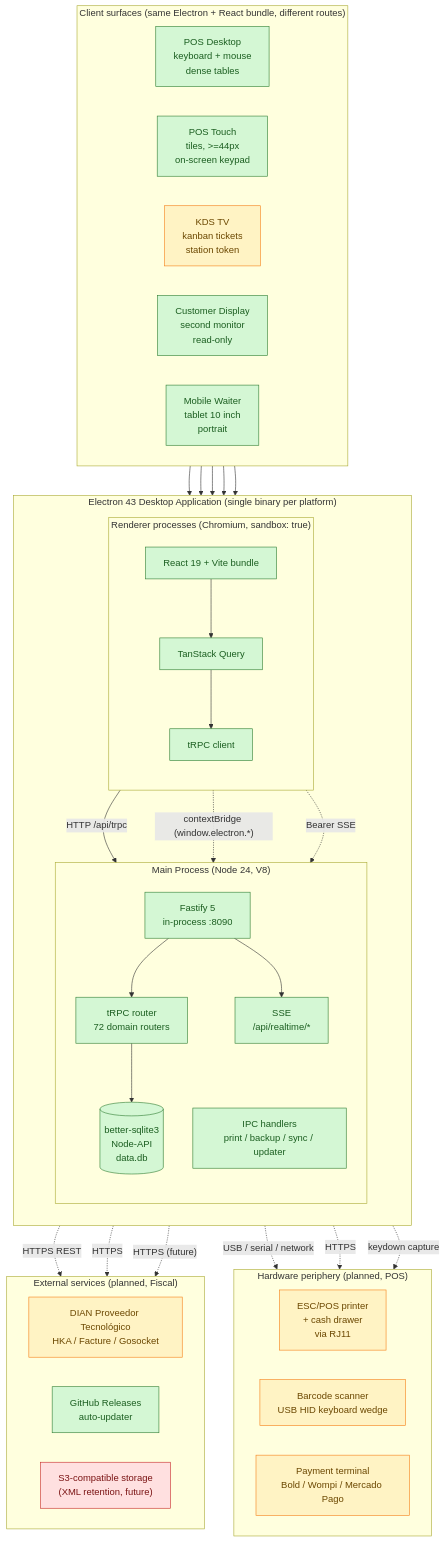
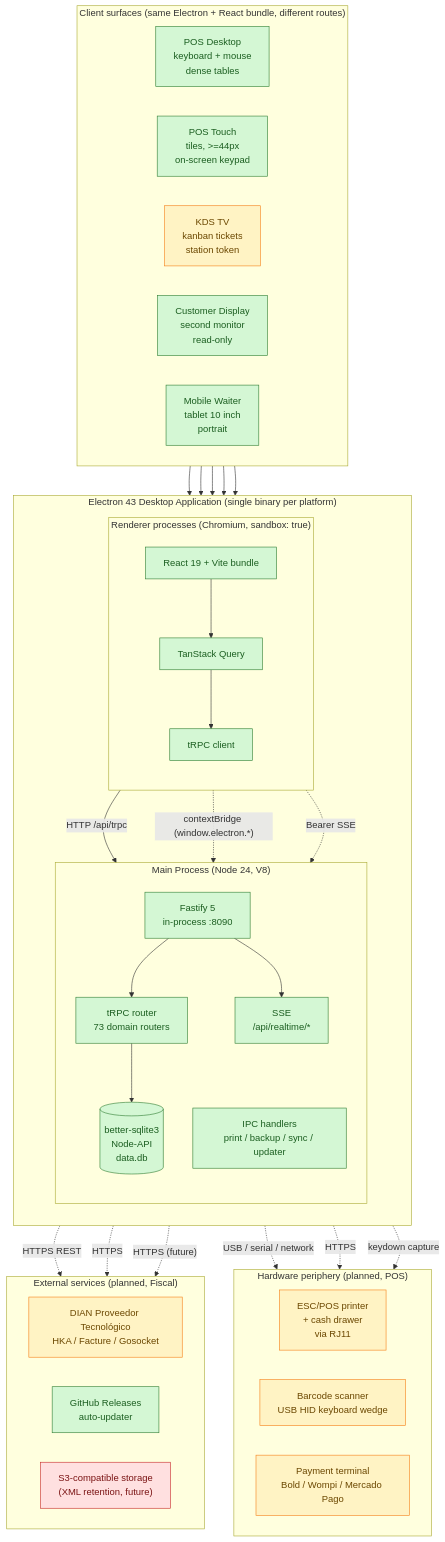
Before and after one commit to johnny4young/puntovivo: the diagram in docs/architecture.mmd, drawn with Mermaid. The commit also changed 49 other files, not shown here.

```diff
--- a/docs/architecture.mmd
+++ b/docs/architecture.mmd
@@ -1,81 +1,81 @@
 %% Puntovivo architecture — high-level process and client surface topology
 %% Render: pnpm dlx @mermaid-js/mermaid-cli -i docs/architecture.mmd -o docs/architecture.svg -b transparent
 %% The -b transparent flag is required: mermaid-cli defaults to a white page
 %% background, which regresses the diagram on dark-mode surfaces. The SVG
 %% root style must keep background-color: transparent after every re-render.
 %% Source of truth for the system diagram embedded in docs/ARCHITECTURE.md and README.md.
 
 flowchart TB
   subgraph Electron["Electron 43 Desktop Application (single binary per platform)"]
     direction TB
 
     subgraph Main["Main Process (Node 24, V8)"]
       direction TB
       F["Fastify 5<br/>in-process :8090"]
-      T["tRPC router<br/>72 domain routers"]
+      T["tRPC router<br/>73 domain routers"]
       DB[("better-sqlite3<br/>Node-API<br/>data.db")]
       IPC["IPC handlers<br/>print / backup / sync / updater"]
       SSE["SSE<br/>/api/realtime/*"]
       F --> T
       F --> SSE
       T --> DB
     end
 
     subgraph Renderer["Renderer processes (Chromium, sandbox: true)"]
       direction TB
       R["React 19 + Vite bundle"]
       Q["TanStack Query"]
       C["tRPC client"]
       R --> Q --> C
     end
 
     C -- "HTTP /api/trpc" --> F
     R -. "contextBridge (window.electron.*)" .-> IPC
     R -. "Bearer SSE" .-> SSE
   end
 
   subgraph Surfaces["Client surfaces (same Electron + React bundle, different routes)"]
     direction LR
     POSD["POS Desktop<br/>keyboard + mouse<br/>dense tables"]
     POST["POS Touch<br/>tiles, >=44px<br/>on-screen keypad"]
     KDS["KDS TV<br/>kanban tickets<br/>station token"]
     CUST["Customer Display<br/>second monitor<br/>read-only"]
     MOB["Mobile Waiter<br/>tablet 10 inch<br/>portrait"]
   end
 
   POSD --> Renderer
   POST --> Renderer
   KDS --> Renderer
   CUST --> Renderer
   MOB --> Renderer
 
   subgraph Peripherals["Hardware periphery (planned, POS)"]
     direction LR
     ESCP["ESC/POS printer<br/>+ cash drawer<br/>via RJ11"]
     SCAN["Barcode scanner<br/>USB HID keyboard wedge"]
     DAT["Payment terminal<br/>Bold / Wompi / Mercado Pago"]
   end
 
   IPC -. "USB / serial / network" .-> ESCP
   Renderer -. "keydown capture" .-> SCAN
   T -. "HTTPS" .-> DAT
 
   subgraph External["External services (planned, Fiscal)"]
     direction LR
     PT["DIAN Proveedor Tecnológico<br/>HKA / Facture / Gosocket"]
     UPD["GitHub Releases<br/>auto-updater"]
     S3["S3-compatible storage<br/>(XML retention, future)"]
   end
 
   T -. "HTTPS REST" .-> PT
   IPC -. "HTTPS" .-> UPD
   IPC -. "HTTPS (future)" .-> S3
 
   classDef shipped fill:#d4f7d4,stroke:#2e7d32,color:#1b5e20
   classDef planned fill:#fff3c4,stroke:#f57f17,color:#6b4700
   classDef future fill:#ffe0e0,stroke:#c62828,color:#7a1313
 
   class F,T,DB,IPC,SSE,R,Q,C,POSD,UPD shipped
   class POST,MOB,CUST shipped
   class KDS,ESCP,SCAN,DAT,PT planned
   class S3 future
```
